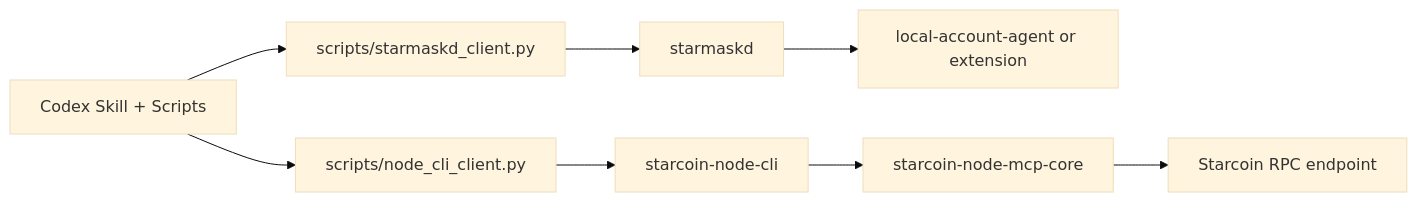
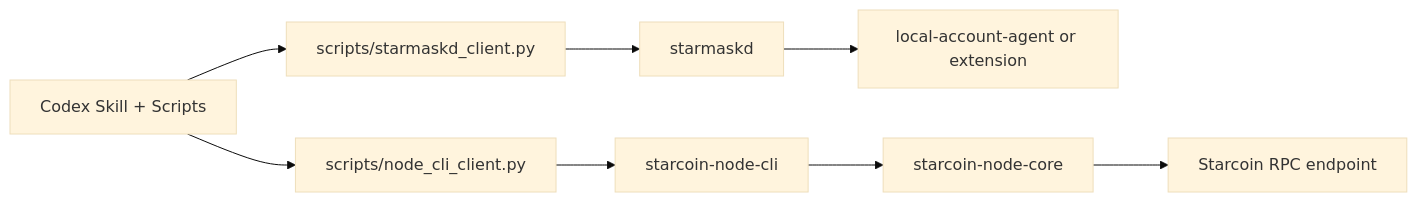
The diagram in plugins/starcoin-transfer-workflow/README.md (starcoinorg/starcoin-mcp), drawn with Mermaid (base theme) before and after one commit. The commit also changed other lines of this file and 194 other files, not shown here.

First line of the commit message:
[codex] rename runtime packages to starcoin-node and starmask-runtime (#15)

````diff
--- a/plugins/starcoin-transfer-workflow/README.md
+++ b/plugins/starcoin-transfer-workflow/README.md
@@ -21,10 +21,10 @@
 ```mermaid
 flowchart LR
     H["Codex Skill + Scripts"] --> W["scripts/starmaskd_client.py"]
     H --> N["scripts/node_cli_client.py"]
     W --> D["starmaskd"]
     D --> A["local-account-agent or extension"]
     N --> C["starcoin-node-cli"]
-    C --> R["starcoin-node-mcp-core"]
+    C --> R["starcoin-node-core"]
     R --> X["Starcoin RPC endpoint"]
 ```
````
